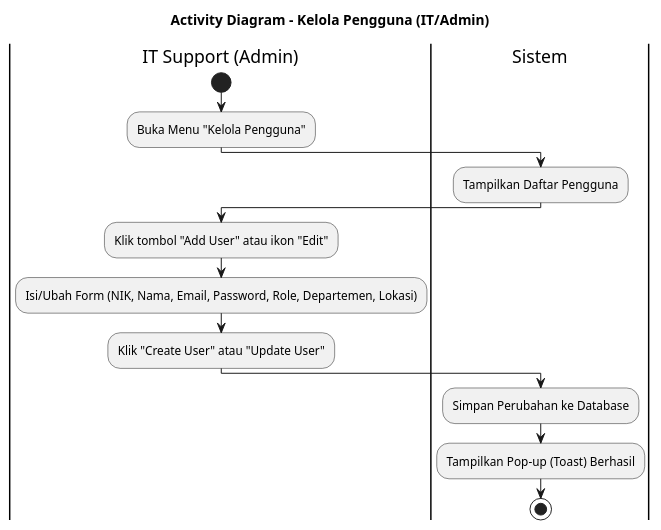
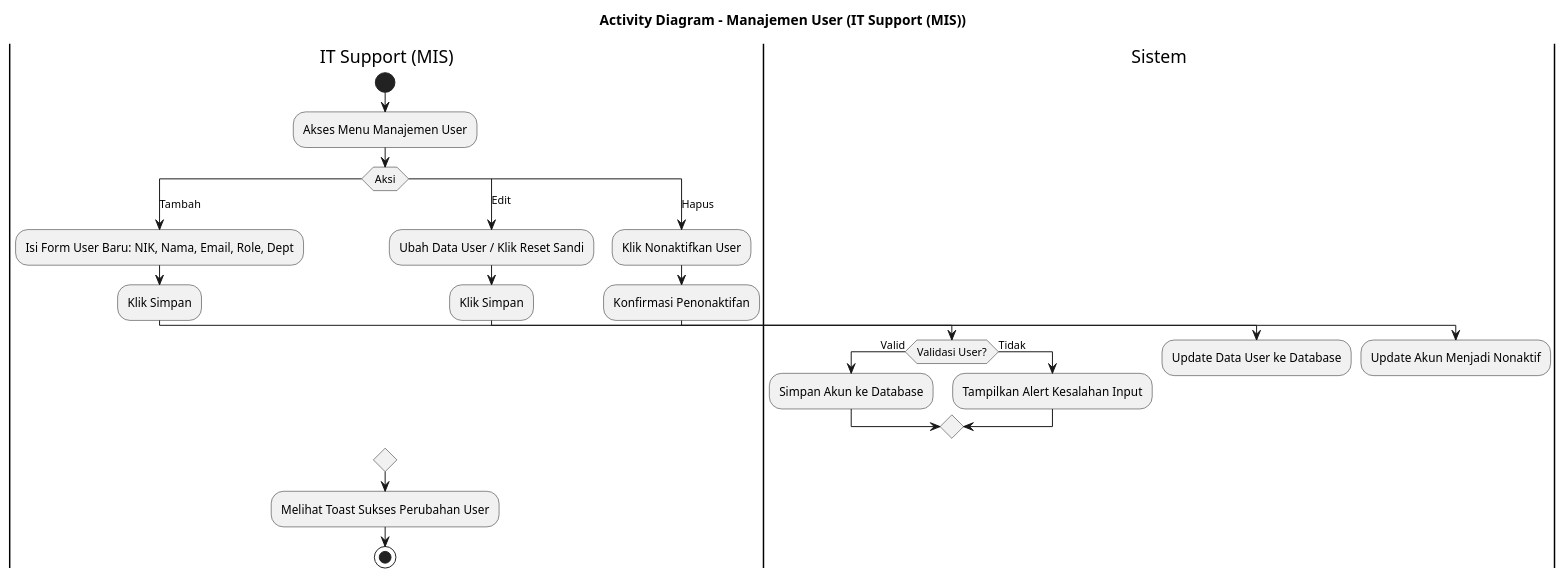
One commit to mrahmatfadila/bissmillah-skripsi-web changed diagram 14 of 14 in docs/activity-diagrams.puml. Above: the diagram before and after it, drawn with PlantUML. The commit also changed other lines of this file and 62 other files, not shown here.

Commit message:
Update database and seeds with real Terminal 2 & 3 supervisor data and sync other project files

```diff
--- a/docs/activity-diagrams.puml
+++ b/docs/activity-diagrams.puml
@@ -233,16 +257,32 @@
-@startuml activity_kelola_pengguna
-title Activity Diagram - Kelola Pengguna (IT/Admin)
-|IT Support (Admin)|
+@startuml activity_manajemen_user
+title Activity Diagram - Manajemen User (IT Support (MIS))
+|IT Support (MIS)|
 start
-:Buka Menu "Kelola Pengguna";
-|Sistem|
-:Tampilkan Daftar Pengguna;
-|IT Support (Admin)|
-:Klik tombol "Add User" atau ikon "Edit";
-:Isi/Ubah Form (NIK, Nama, Email, Password, Role, Departemen, Lokasi);
-:Klik "Create User" atau "Update User";
-|Sistem|
-:Simpan Perubahan ke Database;
-:Tampilkan Pop-up (Toast) Berhasil;
+:Akses Menu Manajemen User;
+switch (Aksi)
+case (Tambah)
+  :Isi Form User Baru: NIK, Nama, Email, Role, Dept;
+  :Klik Simpan;
+  |Sistem|
+  if (Validasi User?) then (Valid)
+    :Simpan Akun ke Database;
+  else (Tidak)
+    :Tampilkan Alert Kesalahan Input;
+  endif
+case (Edit)
+  |IT Support (MIS)|
+  :Ubah Data User / Klik Reset Sandi;
+  :Klik Simpan;
+  |Sistem|
+  :Update Data User ke Database;
+case (Hapus)
+  |IT Support (MIS)|
+  :Klik Nonaktifkan User;
+  :Konfirmasi Penonaktifan;
+  |Sistem|
+  :Update Akun Menjadi Nonaktif;
+endswitch
+|IT Support (MIS)|
+:Melihat Toast Sukses Perubahan User;
 stop
 @enduml
```
